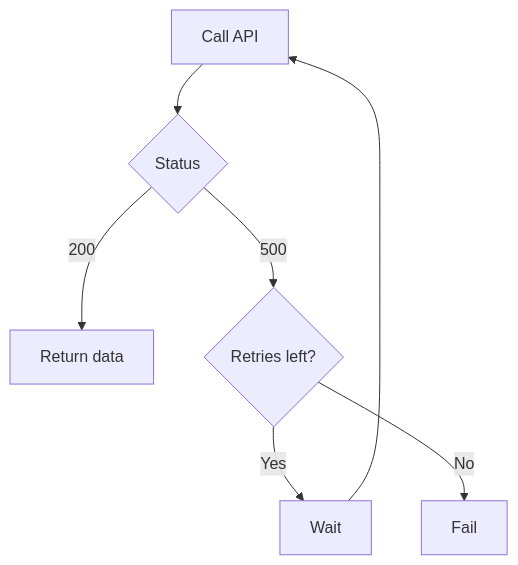
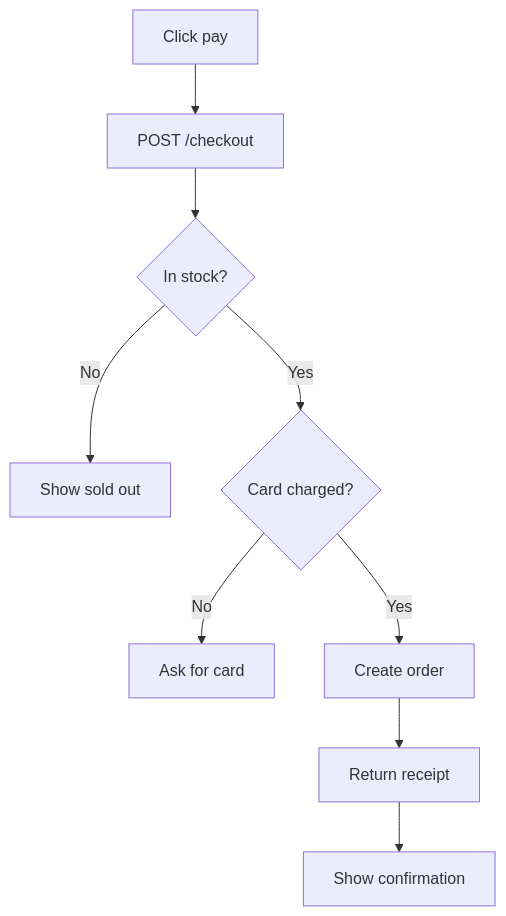
Before and after one commit to ralf-al/flowchart-md: the second of 3 diagrams in README.md, drawn with Mermaid. The commit also changed other lines of this file and 2 other files, not shown here.

````diff
--- a/README.md
+++ b/README.md
@@ -93,8 +189,11 @@
 ```mermaid
 graph TD
-  S[Call API] --> C{Status}
-  C -->|200| OK[Return data]
-  C -->|500| N{Retries left?}
-  N -->|Yes| W[Wait] --> S
-  N -->|No| F[Fail]
+  A[Click pay] --> B[POST /checkout]
+  B --> C{In stock?}
+  C -->|No| D[Show sold out]
+  C -->|Yes| E{Card charged?}
+  E -->|No| F[Ask for card]
+  E -->|Yes| G[Create order]
+  G --> H[Return receipt]
+  H --> I[Show confirmation]
 ```
````
